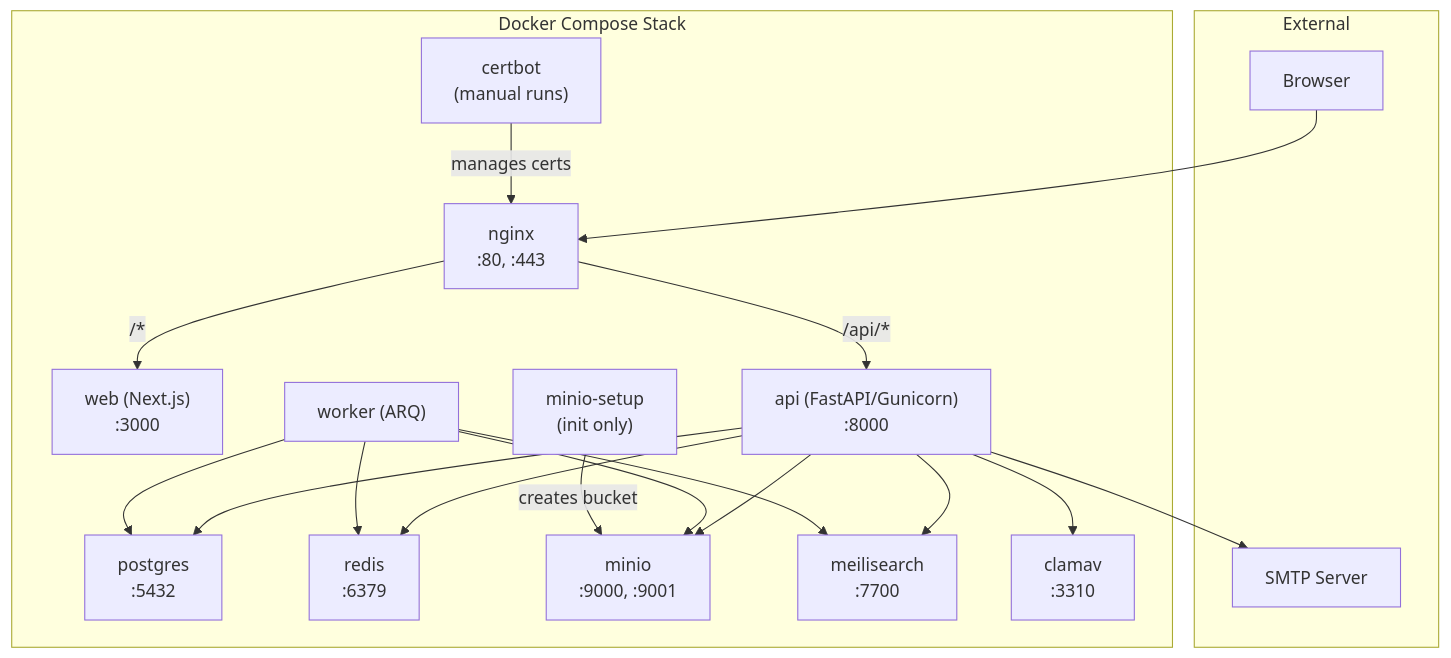
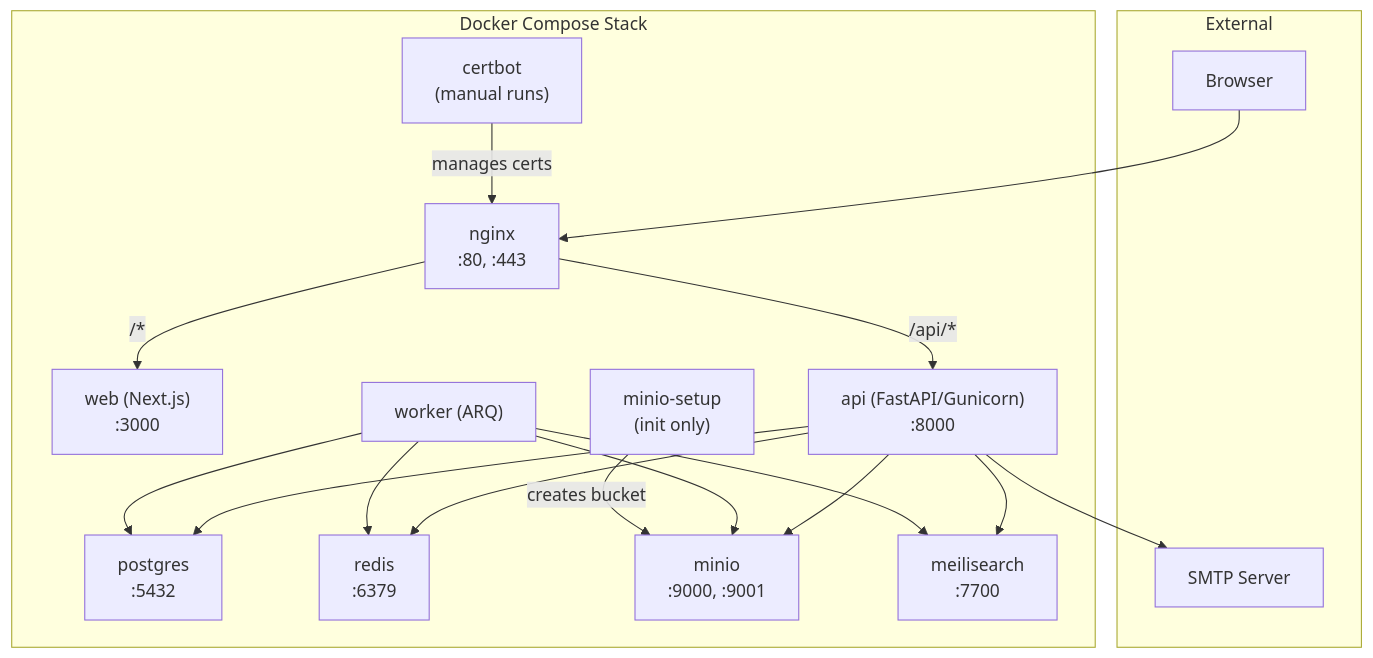
One commit to Theo-Darvoux/WikINT changed the diagram in docs/infrastructure/overview.md. Above: the diagram before and after it, drawn with Mermaid. The commit also changed other lines of this file and 48 other files, not shown here.

````diff
--- a/docs/infrastructure/overview.md
+++ b/docs/infrastructure/overview.md
@@ -11,37 +11,35 @@
 ```mermaid
 graph TD
     subgraph "External"
         Browser["Browser"]
         SMTP["SMTP Server"]
     end
 
     subgraph "Docker Compose Stack"
         Nginx["nginx<br/>:80, :443"]
         Web["web (Next.js)<br/>:3000"]
         API["api (FastAPI/Gunicorn)<br/>:8000"]
         Worker["worker (ARQ)"]
         Postgres["postgres<br/>:5432"]
         Redis["redis<br/>:6379"]
         MinIO["minio<br/>:9000, :9001"]
         MinIOSetup["minio-setup<br/>(init only)"]
         Meili["meilisearch<br/>:7700"]
-        ClamAV["clamav<br/>:3310"]
         Certbot["certbot<br/>(manual runs)"]
     end
 
     Browser --> Nginx
     Nginx -->|"/api/*"| API
     Nginx -->|"/*"| Web
     API --> Postgres
     API --> Redis
     API --> MinIO
     API --> Meili
-    API --> ClamAV
     API --> SMTP
     Worker --> Postgres
     Worker --> Redis
     Worker --> MinIO
     Worker --> Meili
     MinIOSetup -->|"creates bucket"| MinIO
     Certbot -->|"manages certs"| Nginx
 ```
````
